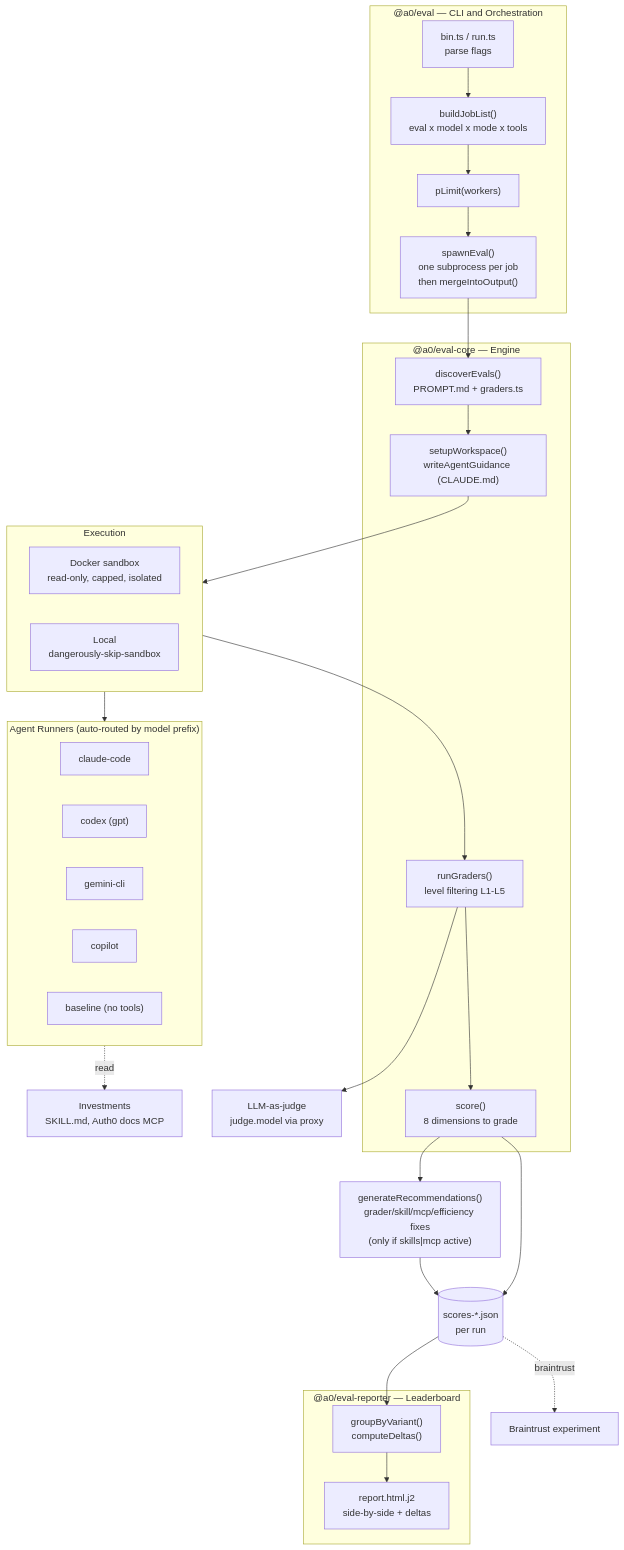
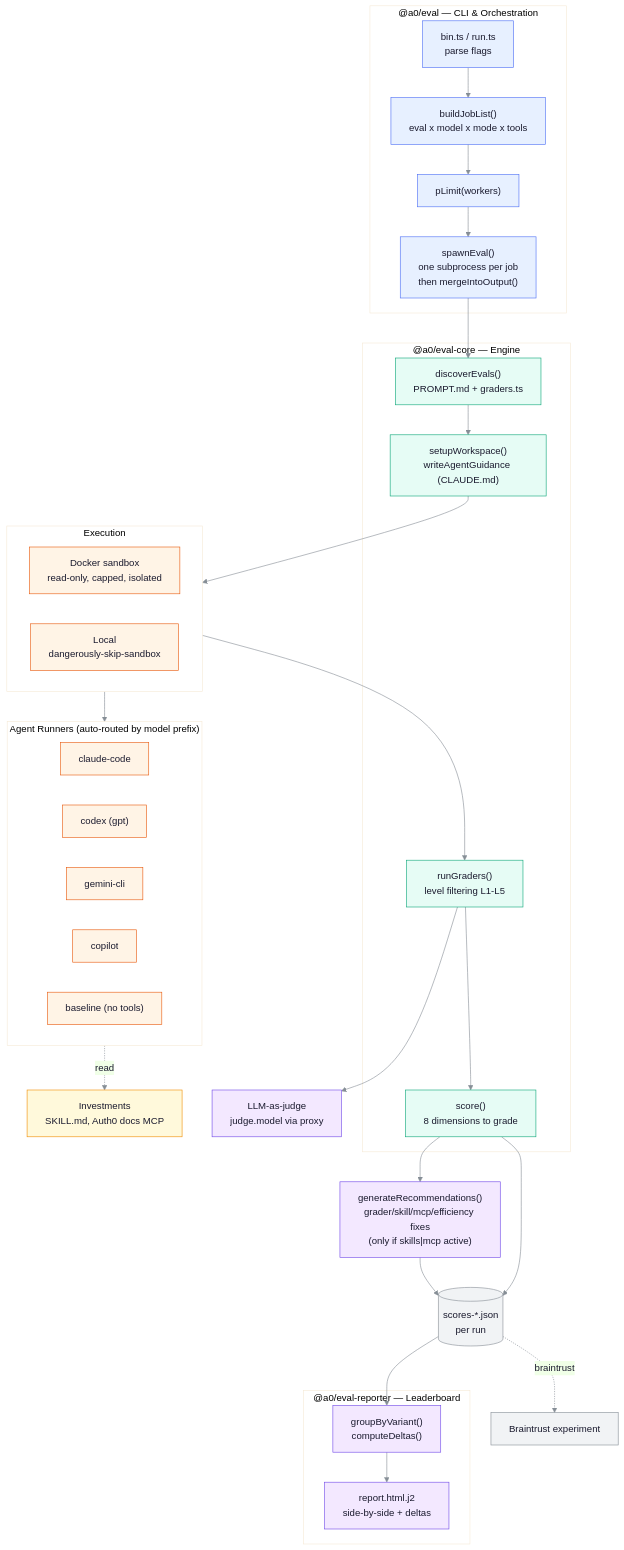
The first of 2 diagrams in docs/ARCHITECTURE.md (auth0/auth0-evals), drawn with Mermaid before and after one commit. The commit also changed other lines of this file, not shown here.

Commit message:
beautify the sequence diagram and add more clarity to the doc

````diff
--- a/docs/ARCHITECTURE.md
+++ b/docs/ARCHITECTURE.md
@@ -19,52 +26,71 @@
 ```mermaid
+%%{init: {'theme':'base', 'themeVariables': {
+  'primaryColor':'#E7F0FF','primaryBorderColor':'#4C6EF5','primaryTextColor':'#1A1A2E',
+  'lineColor':'#868E96','fontFamily':'ui-sans-serif, system-ui, sans-serif'
+}}}%%
 flowchart TB
-    subgraph CLI["@a0/eval — CLI and Orchestration"]
+    subgraph CLI["@a0/eval — CLI &amp; Orchestration"]
         Bin["bin.ts / run.ts<br/>parse flags"]
         Matrix["buildJobList()<br/>eval x model x mode x tools"]
         Pool["pLimit(workers)"]
         Sub["spawnEval()<br/>one subprocess per job<br/>then mergeIntoOutput()"]
         Bin --> Matrix --> Pool --> Sub
     end
 
     subgraph Core["@a0/eval-core — Engine"]
         Discover["discoverEvals()<br/>PROMPT.md + graders.ts"]
         WS["setupWorkspace()<br/>writeAgentGuidance (CLAUDE.md)"]
         Engine["runGraders()<br/>level filtering L1-L5"]
         Scorer["score()<br/>8 dimensions to grade"]
     end
 
     subgraph Exec["Execution"]
         direction LR
         Sandbox["Docker sandbox<br/>read-only, capped, isolated"]
         Local["Local<br/>dangerously-skip-sandbox"]
     end
 
     subgraph Runners["Agent Runners (auto-routed by model prefix)"]
         CC["claude-code"]
         CX["codex (gpt)"]
         GM["gemini-cli"]
         CP["copilot"]
         BL["baseline (no tools)"]
     end
 
     Investments["Investments<br/>SKILL.md, Auth0 docs MCP"]
     Judge["LLM-as-judge<br/>judge.model via proxy"]
     Recs["generateRecommendations()<br/>grader/skill/mcp/efficiency fixes<br/>(only if skills|mcp active)"]
 
     Sub --> Discover --> WS --> Exec
     Exec --> Runners
     Runners -. read .-> Investments
     Exec --> Engine
     Engine --> Judge
     Engine --> Scorer
     Scorer --> Recs
     Scorer --> Results[("scores-*.json<br/>per run")]
     Recs --> Results
 
     subgraph Report["@a0/eval-reporter — Leaderboard"]
         Group["groupByVariant()<br/>computeDeltas()"]
         HTML["report.html.j2<br/>side-by-side + deltas"]
     end
     Results --> Group --> HTML
     Results -. braintrust .-> BT["Braintrust experiment"]
+
+    %% ── Semantic pastel palette ──────────────────────────────
+    classDef orchestration fill:#E7F0FF,stroke:#4C6EF5,color:#1A1A2E;
+    classDef engine        fill:#E6FCF5,stroke:#0CA678,color:#1A1A2E;
+    classDef execution     fill:#FFF4E6,stroke:#E8590C,color:#1A1A2E;
+    classDef investment    fill:#FFF9DB,stroke:#F08C00,color:#1A1A2E;
+    classDef insight       fill:#F3E8FF,stroke:#7048E8,color:#1A1A2E;
+    classDef datastore     fill:#F1F3F5,stroke:#868E96,color:#1A1A2E;
+
+    class Bin,Matrix,Pool,Sub orchestration;
+    class Discover,WS,Engine,Scorer engine;
+    class Sandbox,Local,CC,CX,GM,CP,BL execution;
+    class Investments investment;
+    class Judge,Recs,Group,HTML insight;
+    class Results,BT datastore;
 ```
````
